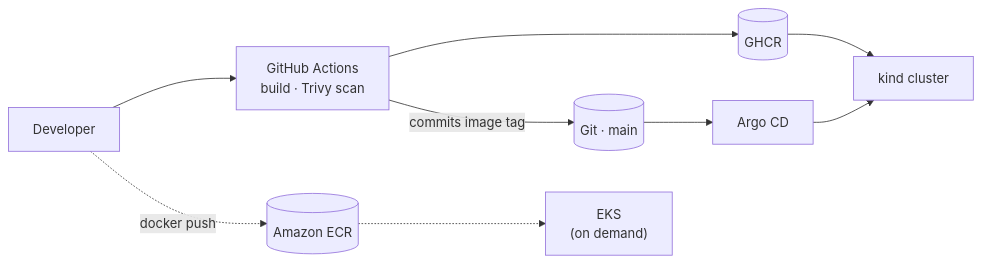
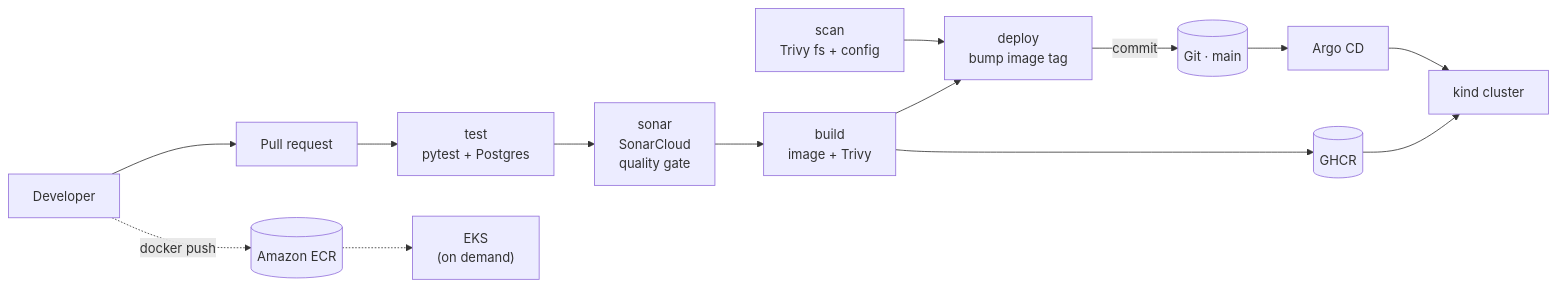
Before and after one commit to rkhnania/harbourline-k8s-lab: the diagram in README.md, drawn with Mermaid. The commit also changed other lines of this file and 1 other file, not shown here.

````diff
--- a/README.md
+++ b/README.md
@@ -34,11 +34,16 @@
 ```mermaid
 flowchart LR
-  dev["Developer"] --> gha["GitHub Actions<br/>build · Trivy scan"]
-  gha --> ghcr[("GHCR")]
-  gha -->|"commits image tag"| git[("Git · main")]
+  dev["Developer"] --> pr["Pull request"]
+  pr --> test["test<br/>pytest + Postgres"]
+  test --> sonar["sonar<br/>SonarCloud<br/>quality gate"]
+  sonar --> build["build<br/>image + Trivy"]
+  scan["scan<br/>Trivy fs + config"] --> deploy
+  build --> deploy["deploy<br/>bump image tag"]
+  build --> ghcr[("GHCR")]
+  deploy -->|"commit"| git[("Git · main")]
   git --> argo["Argo CD"]
   argo --> kind["kind cluster"]
   ghcr --> kind
   dev -.->|"docker push"| ecr[("Amazon ECR")]
   ecr -.-> eks["EKS<br/>(on demand)"]
 ```
````
